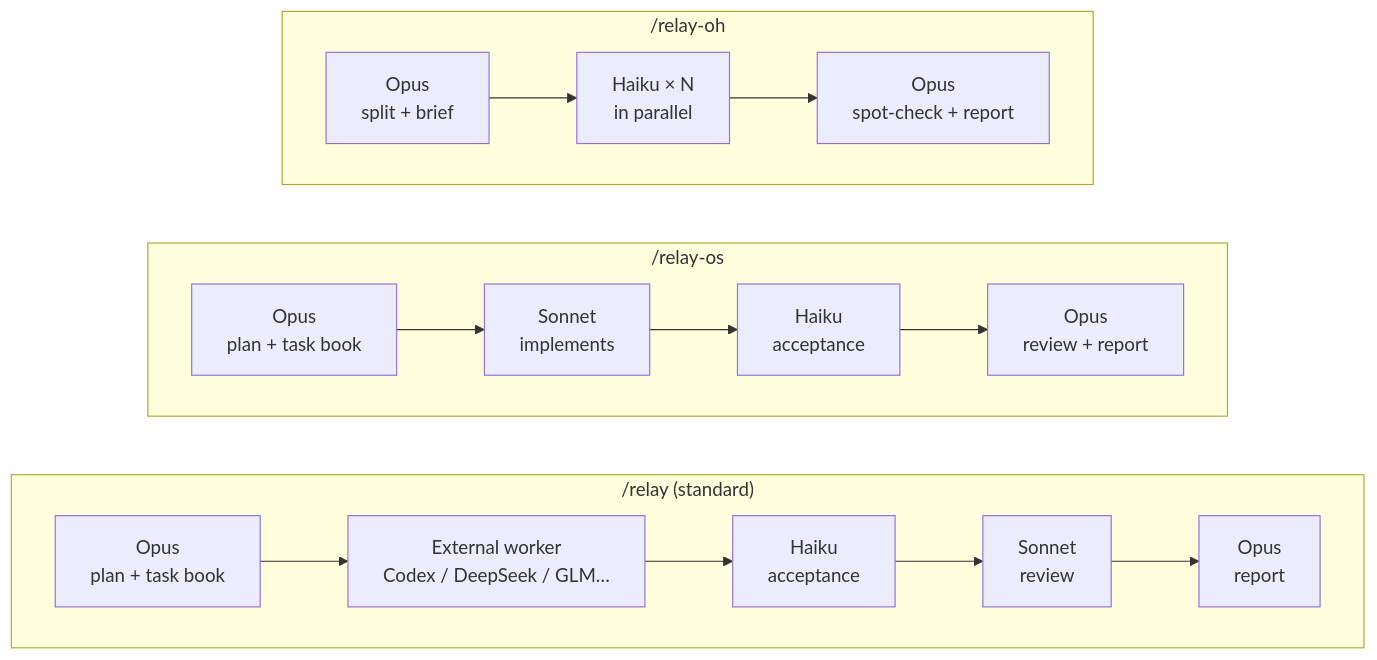
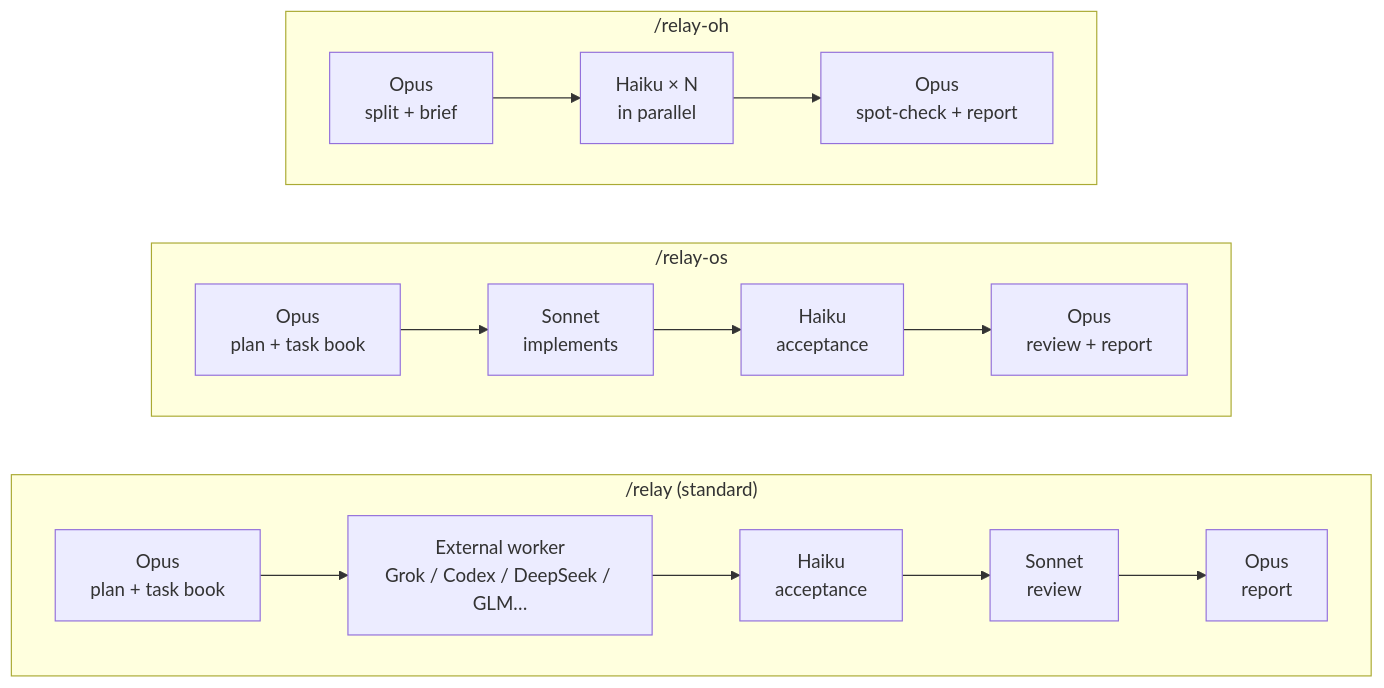
The first of 3 diagrams in README.en.md (st666xiao/claude-relay), drawn with Mermaid before and after one commit. The commit also changed other lines of this file and 15 other files, not shown here.

First line of the commit message:
Add Grok and Codex CLI executors; tighten acceptance and rework rules

````diff
--- a/README.en.md
+++ b/README.en.md
@@ -9,15 +9,15 @@
 ```mermaid
 flowchart LR
   subgraph R["/relay (standard)"]
     direction LR
-    r1[Opus<br/>plan + task book] --> r2[External worker<br/>Codex / DeepSeek / GLM…] --> r3[Haiku<br/>acceptance] --> r4[Sonnet<br/>review] --> r5[Opus<br/>report]
+    r1[Opus<br/>plan + task book] --> r2[External worker<br/>Grok / Codex / DeepSeek / GLM…] --> r3[Haiku<br/>acceptance] --> r4[Sonnet<br/>review] --> r5[Opus<br/>report]
   end
   subgraph OS["/relay-os"]
     direction LR
     o1[Opus<br/>plan + task book] --> o2[Sonnet<br/>implements] --> o3[Haiku<br/>acceptance] --> o4[Opus<br/>review + report]
   end
   subgraph OH["/relay-oh"]
     direction LR
     h1[Opus<br/>split + brief] --> h2[Haiku × N<br/>in parallel] --> h3[Opus<br/>spot-check + report]
   end
 ```
````
